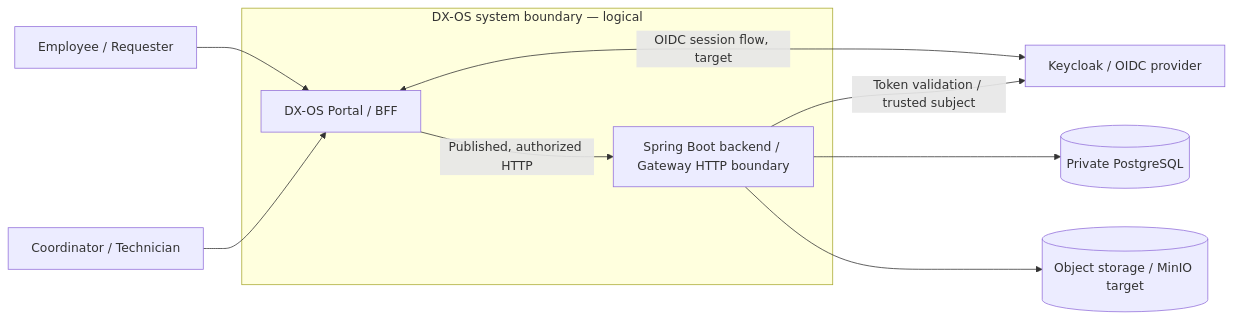
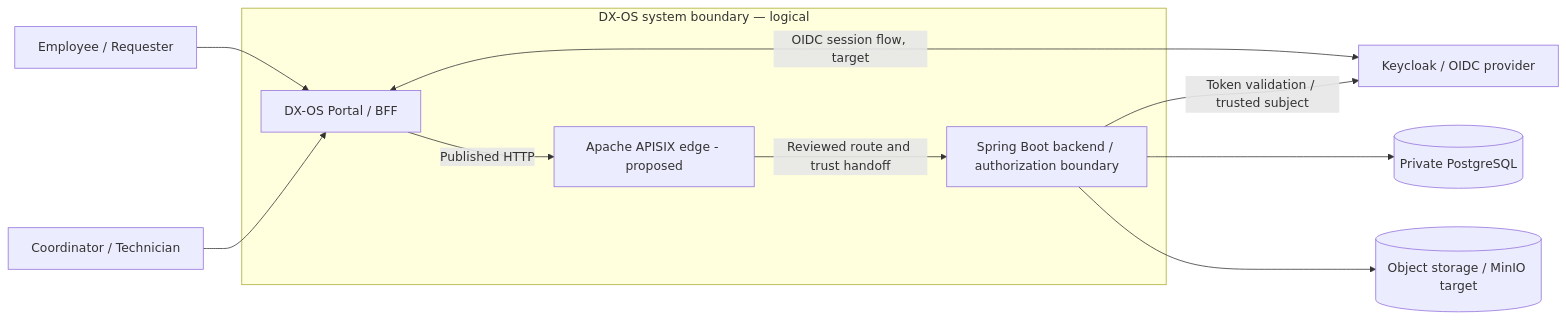
The first of 2 diagrams in docs/01-architecture/system-architecture.md (lexuanbao258-collab/dxos-open-core), drawn with Mermaid before and after one commit. The commit also changed other lines of this file and 31 other files, not shown here.

Commit message:
docs(architecture): align core contracts and replaceable adapters

````diff
--- a/docs/01-architecture/system-architecture.md
+++ b/docs/01-architecture/system-architecture.md
@@ -31,14 +33,16 @@
 ```mermaid
 flowchart LR
     Employee[Employee / Requester] --> Portal[DX-OS Portal / BFF]
     Staff[Coordinator / Technician] --> Portal
-    Portal -->|Published, authorized HTTP| API[Spring Boot backend / Gateway HTTP boundary]
+    Portal -->|Published HTTP| Edge[Apache APISIX edge - proposed]
+    Edge -->|Reviewed route and trust handoff| API[Spring Boot backend / authorization boundary]
     Portal <-->|OIDC session flow, target| IdP[Keycloak / OIDC provider]
     API -->|Token validation / trusted subject| IdP
     API --> PG[(Private PostgreSQL)]
     API --> ObjectStore[(Object storage / MinIO target)]
     subgraph DXOS[DX-OS system boundary — logical]
       Portal
+      Edge
       API
     end
 ```
````
